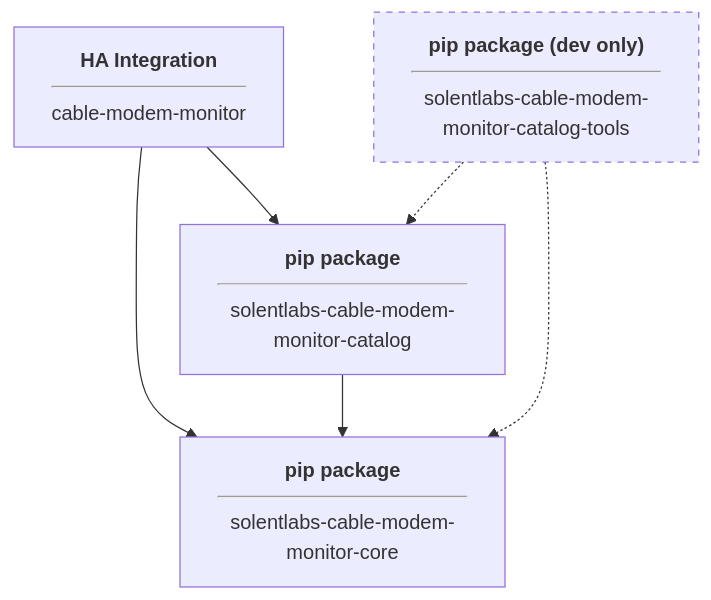
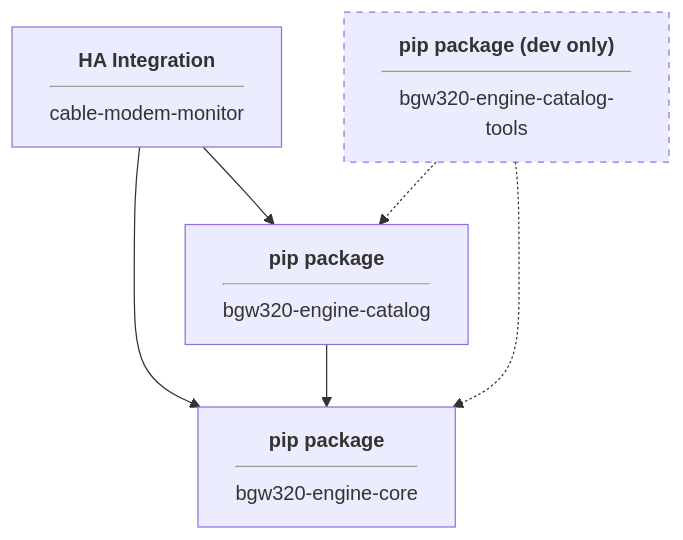
Before and after one commit to pope523/att-fiber-gateway: the first of 2 diagrams in packages/cable_modem_monitor_core/docs/ARCHITECTURE.md, drawn with Mermaid. The commit also changed other lines of this file and 18 other files, not shown here.

````diff
--- a/packages/cable_modem_monitor_core/docs/ARCHITECTURE.md
+++ b/packages/cable_modem_monitor_core/docs/ARCHITECTURE.md
@@ -27,9 +27,9 @@
 ```mermaid
 graph TD
-    HA["<b>HA Integration</b><hr/>cable-modem-monitor"] --> Core["<b>pip package</b><hr/>solentlabs-cable-modem-monitor-core"]
-    HA --> Catalog["<b>pip package</b><hr/>solentlabs-cable-modem-monitor-catalog"]
+    HA["<b>HA Integration</b><hr/>cable-modem-monitor"] --> Core["<b>pip package</b><hr/>bgw320-engine-core"]
+    HA --> Catalog["<b>pip package</b><hr/>bgw320-engine-catalog"]
     Catalog --> Core
-    Tools["<b>pip package (dev only)</b><hr/>solentlabs-cable-modem-monitor-catalog-tools"] -.-> Core
+    Tools["<b>pip package (dev only)</b><hr/>bgw320-engine-catalog-tools"] -.-> Core
     Tools -.-> Catalog
     style Tools stroke-dasharray: 5 5
 ```
````
